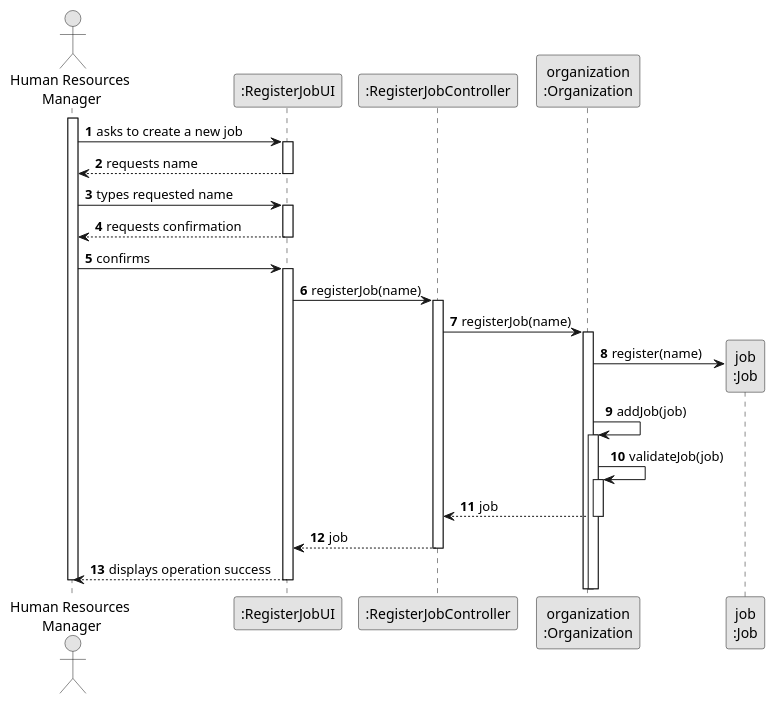
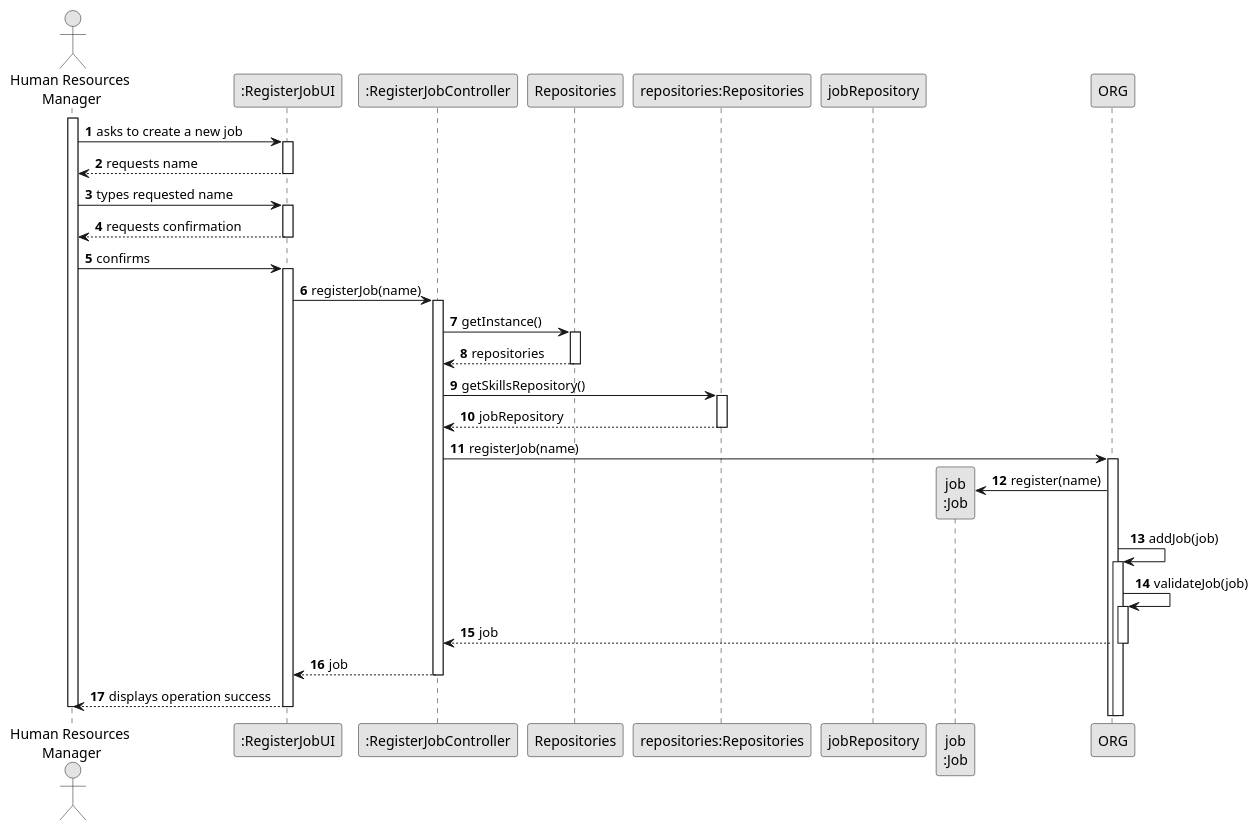
One commit to diogoveirospro/lei-24-s2-1dg-g072 changed the diagram in docs/sprintB/us002/03.design/puml/us002-sequence-diagram-full.puml. Above: the diagram before and after it, drawn with PlantUML. The commit also changed 2 other files, not shown here.

Commit message:
US2's Sequence Diagram

```diff
--- a/docs/sprintB/us002/03.design/puml/us002-sequence-diagram-full.puml
+++ b/docs/sprintB/us002/03.design/puml/us002-sequence-diagram-full.puml
@@ -1,57 +1,71 @@
 @startuml
 skinparam monochrome true
 skinparam packageStyle rectangle
 skinparam shadowing false
 
 autonumber
 
 'hide footbox
 actor "Human Resources\n Manager" as HRM
 participant ":RegisterJobUI" as UI
 participant ":RegisterJobController" as CTRL
-participant "organization\n:Organization" as ORG
+participant Repositories
+participant "repositories:Repositories" as REP
+participant "jobRepository" as JREP
 participant "job\n:Job" as Job
 
 activate HRM
 
     HRM -> UI : asks to create a new job
 
     activate UI
 
         UI --> HRM : requests name
     deactivate UI
 
     HRM -> UI : types requested name
     activate UI
 
         UI --> HRM : requests confirmation
     deactivate UI
 
     HRM -> UI : confirms
     activate UI
 
         UI -> CTRL : registerJob(name)
         activate CTRL
 
+            CTRL -> Repositories: getInstance()
+            activate Repositories
+
+            Repositories --> CTRL: repositories
+            deactivate Repositories
+
+            CTRL -> REP: getSkillsRepository()
+            activate REP
+
+            REP --> CTRL: jobRepository
+            deactivate REP
+
             CTRL -> ORG : registerJob(name)
             activate ORG
 
             ORG -> Job**: register(name)
                 ORG -> ORG: addJob(job)
                 activate ORG
 
                 ORG -> ORG: validateJob(job)
                 activate ORG
 
             ORG --> CTRL : job
             deactivate ORG
 
             CTRL --> UI : job
         deactivate CTRL
 
         UI --> HRM: displays operation success
     deactivate UI
 
 deactivate HRM
 
 @enduml
```
